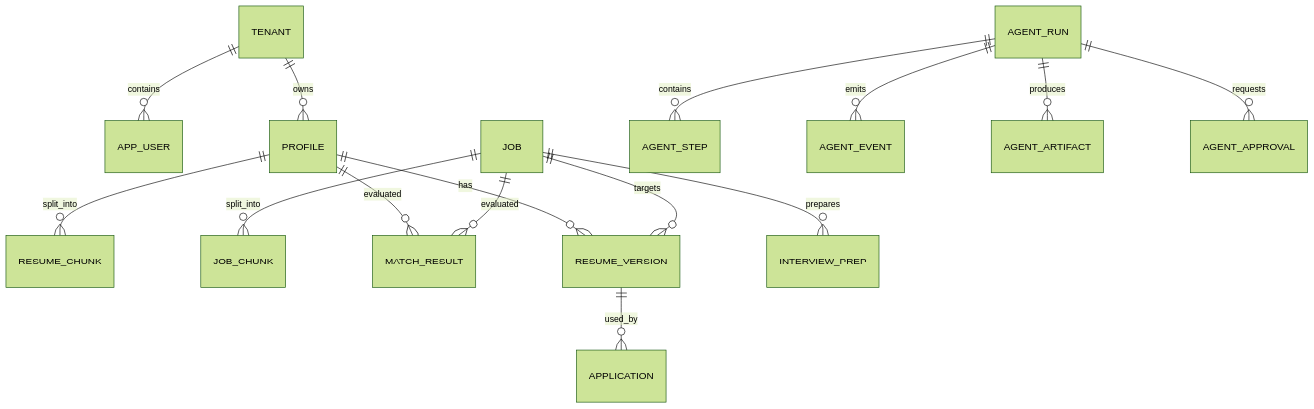
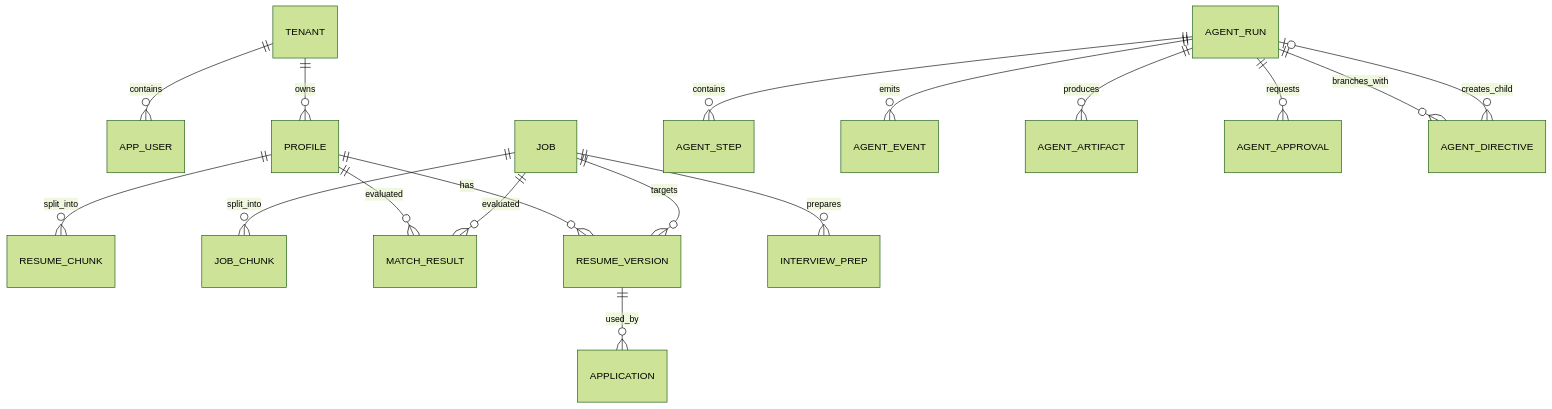
Before and after one commit to Yonhen233/CareerAgent: the second of 4 diagrams in docs/CAREER_AGENT_SYSTEM_DESIGN_AND_EVALUATION.md, drawn with Mermaid (forest theme). The commit also changed other lines of this file and 18 other files, not shown here.

````diff
--- a/docs/CAREER_AGENT_SYSTEM_DESIGN_AND_EVALUATION.md
+++ b/docs/CAREER_AGENT_SYSTEM_DESIGN_AND_EVALUATION.md
@@ -720,17 +720,19 @@
 ```mermaid
 erDiagram
     TENANT ||--o{ APP_USER : contains
     TENANT ||--o{ PROFILE : owns
     PROFILE ||--o{ RESUME_CHUNK : split_into
     JOB ||--o{ JOB_CHUNK : split_into
     PROFILE ||--o{ MATCH_RESULT : evaluated
     JOB ||--o{ MATCH_RESULT : evaluated
     PROFILE ||--o{ RESUME_VERSION : has
     JOB ||--o{ RESUME_VERSION : targets
     RESUME_VERSION ||--o{ APPLICATION : used_by
     JOB ||--o{ INTERVIEW_PREP : prepares
     AGENT_RUN ||--o{ AGENT_STEP : contains
     AGENT_RUN ||--o{ AGENT_EVENT : emits
     AGENT_RUN ||--o{ AGENT_ARTIFACT : produces
     AGENT_RUN ||--o{ AGENT_APPROVAL : requests
+    AGENT_RUN ||--o{ AGENT_DIRECTIVE : branches_with
+    AGENT_DIRECTIVE }o--o| AGENT_RUN : creates_child
 ```
````
